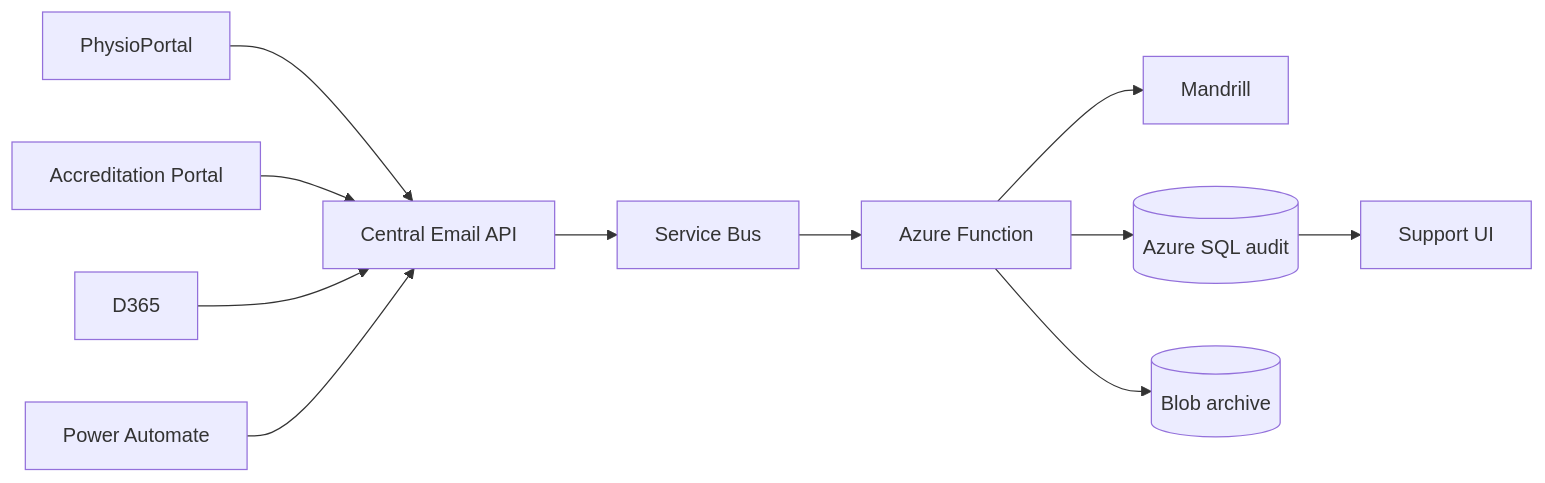
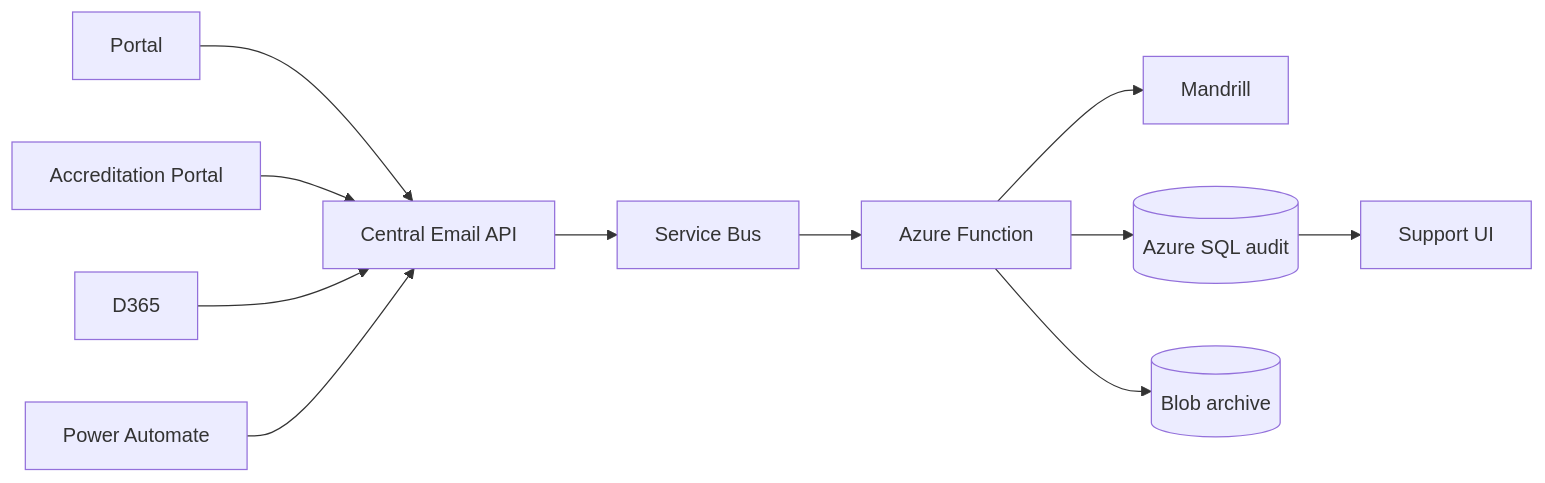
The second of 2 diagrams in docs/ARCHITECTURE-DEMO.md (preethamkh/transactional-email), drawn with Mermaid before and after one commit. The commit also changed other lines of this file and 29 other files, not shown here.

````diff
--- a/docs/ARCHITECTURE-DEMO.md
+++ b/docs/ARCHITECTURE-DEMO.md
@@ -29,13 +29,13 @@
 ```mermaid
 flowchart LR
-  P[PhysioPortal] --> API[Central Email API]
+  P[Portal] --> API[Central Email API]
   A[Accreditation Portal] --> API
   D[D365] --> API
   PA[Power Automate] --> API
   API --> SB[Service Bus]
   SB --> F[Azure Function]
   F --> M[Mandrill]
   F --> SQL[(Azure SQL audit)]
   F --> B[(Blob archive)]
   SQL --> UI[Support UI]
 ```
````
